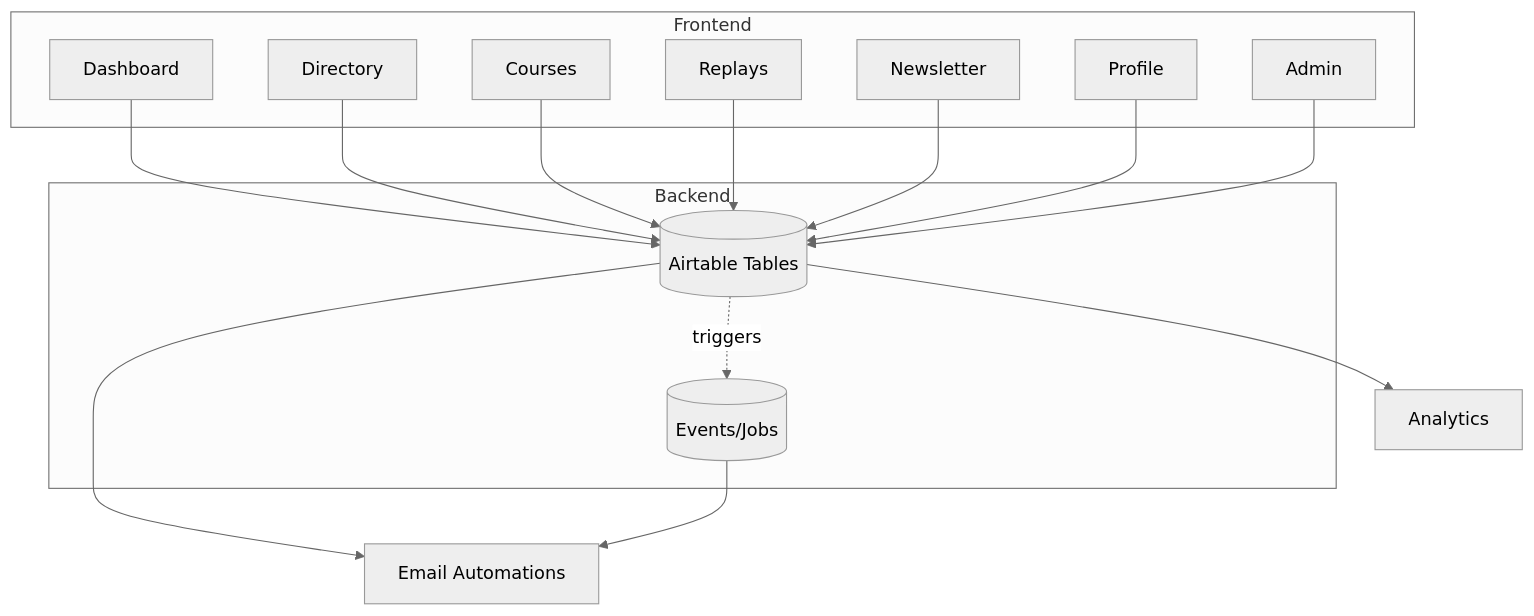
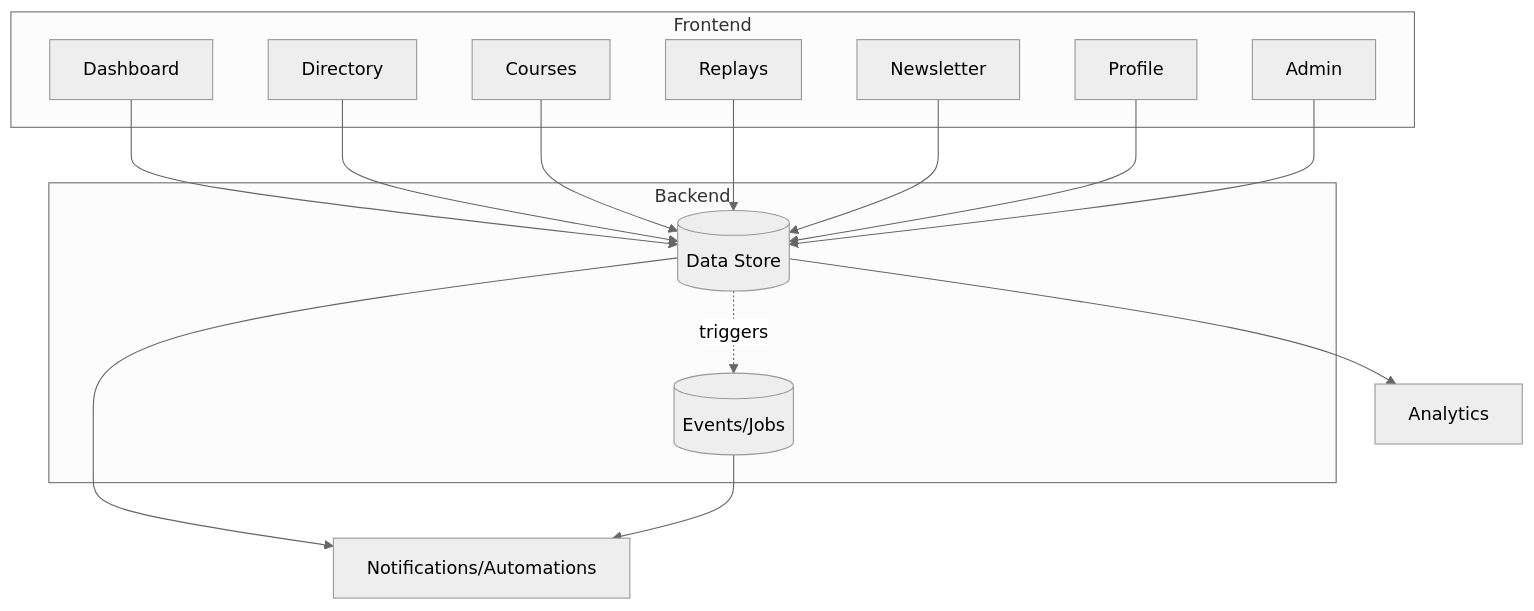
The diagram in diagrams/coaching-platform.mmd (ackersml/portfolio-system), drawn with Mermaid (neutral theme) before and after one commit. The commit also changed 1 other file, not shown here.

Commit message:
Coaching project: generic copy and diagram (no platform names), reflect custom build scope

```diff
--- a/diagrams/coaching-platform.mmd
+++ b/diagrams/coaching-platform.mmd
@@ -1,25 +1,25 @@
 graph TD
   subgraph Frontend
     DASH[Dashboard]
     DIR[Directory]
     COURSES[Courses]
     REPLAYS[Replays]
     NEWS[Newsletter]
     PROFILE[Profile]
     ADMIN[Admin]
   end
   subgraph Backend
-    DATA[(Airtable Tables)]
+    DATA[(Data Store)]
     BUS[(Events/Jobs)]
   end
   DASH --> DATA
   DIR --> DATA
   COURSES --> DATA
   REPLAYS --> DATA
   NEWS --> DATA
   PROFILE --> DATA
   ADMIN --> DATA
-  DATA --> EMAIL[Email Automations]
+  DATA --> EMAIL[Notifications/Automations]
   DATA --> ANALYTICS[Analytics]
   DATA -. triggers .-> BUS
   BUS --> EMAIL
```
